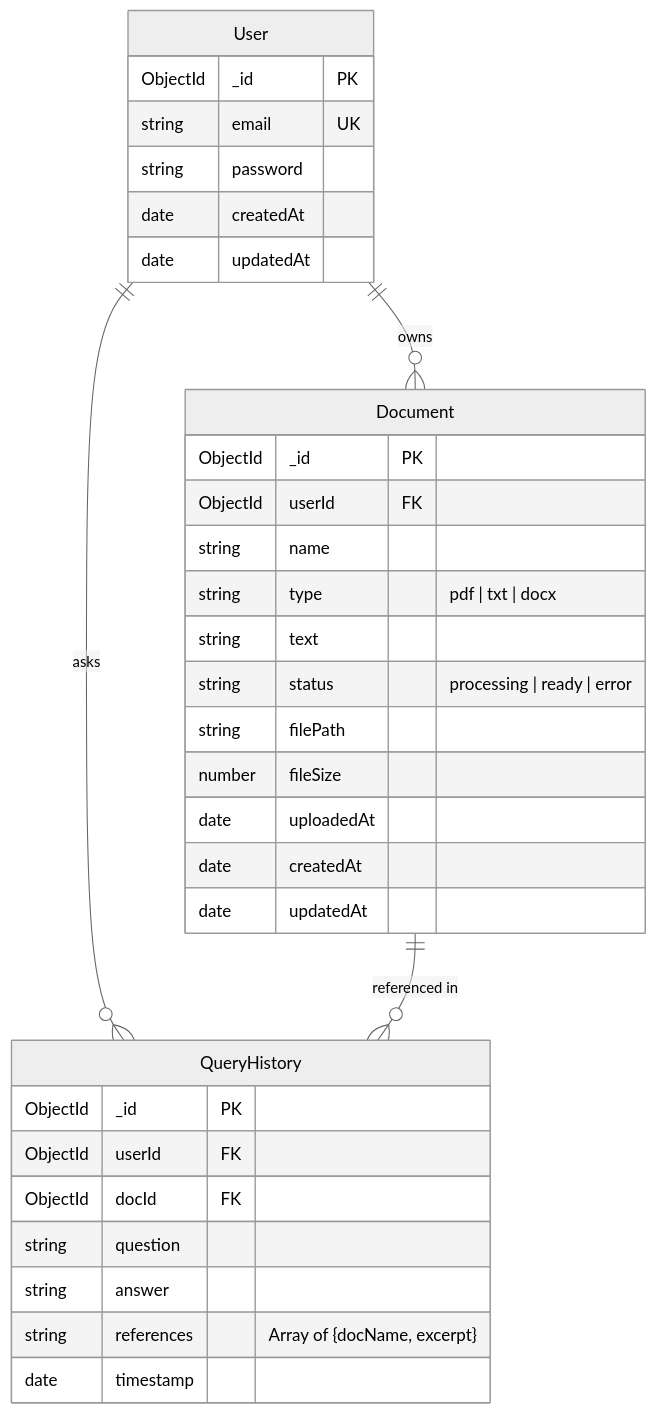
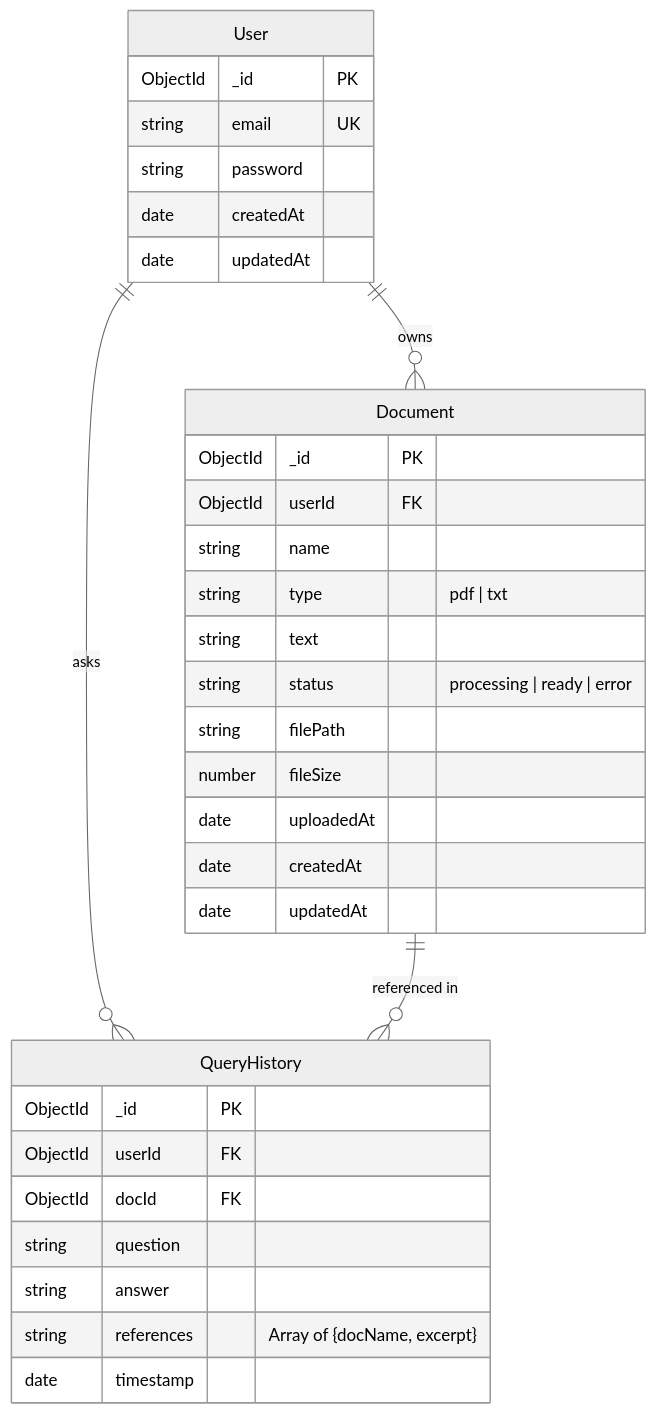
One commit to Pavanteja-001/Doc-HuB changed the diagram in README.md. Above: the diagram before and after it, drawn with Mermaid (neutral theme). The commit also changed other lines of this file and 15 other files, not shown here.

````diff
--- a/README.md
+++ b/README.md
@@ -78,38 +96,38 @@
 ```mermaid
 erDiagram
     User ||--o{ Document : "owns"
     User ||--o{ QueryHistory : "asks"
     Document ||--o{ QueryHistory : "referenced in"
 
     User {
         ObjectId _id PK
         string email UK
         string password
         date createdAt
         date updatedAt
     }
 
     Document {
         ObjectId _id PK
         ObjectId userId FK
         string name
-        string type "pdf | txt | docx"
+        string type "pdf | txt "
         string text
         string status "processing | ready | error"
         string filePath
         number fileSize
         date uploadedAt
         date createdAt
         date updatedAt
     }
 
     QueryHistory {
         ObjectId _id PK
         ObjectId userId FK
         ObjectId docId FK
         string question
         string answer
         string references "Array of {docName, excerpt}"
         date timestamp
     }
 ```
````
